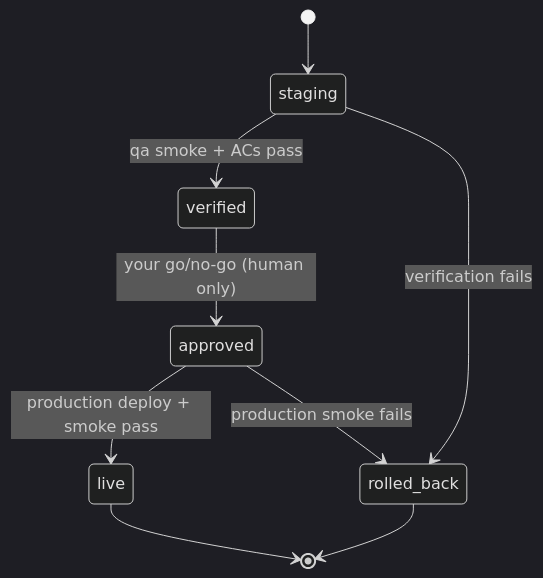
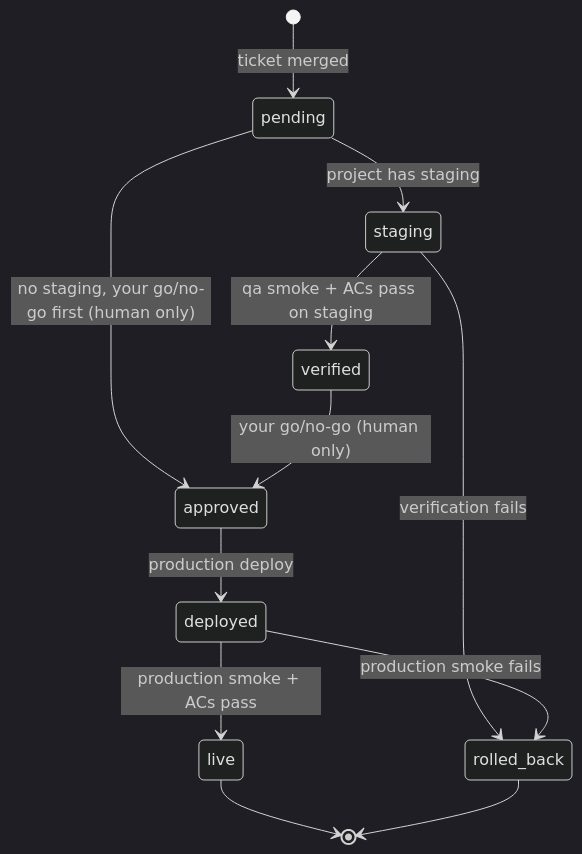
Diagram 12 of 12 in design/02-architecture-diagram.md (jetmirhaxhisefa/mirai), drawn with Mermaid (dark theme) before and after one commit. The commit also changed other lines of this file and 22 other files, not shown here.

````diff
--- a/design/02-architecture-diagram.md
+++ b/design/02-architecture-diagram.md
@@ -417,11 +577,14 @@
 ```mermaid
 stateDiagram-v2
-    [*] --> staging
-    staging --> verified : qa smoke + ACs pass
+    [*] --> pending : ticket merged
+    pending --> staging : project has staging
+    pending --> approved : no staging, your go/no-go first (human only)
+    staging --> verified : qa smoke + ACs pass on staging
     staging --> rolled_back : verification fails
     verified --> approved : your go/no-go (human only)
-    approved --> live : production deploy + smoke pass
-    approved --> rolled_back : production smoke fails
+    approved --> deployed : production deploy
+    deployed --> live : production smoke + ACs pass
+    deployed --> rolled_back : production smoke fails
     live --> [*]
     rolled_back --> [*]
 ```
````
